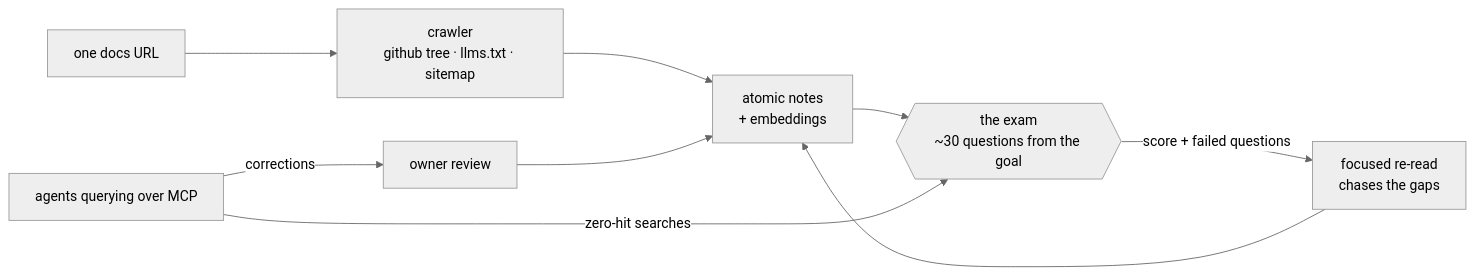
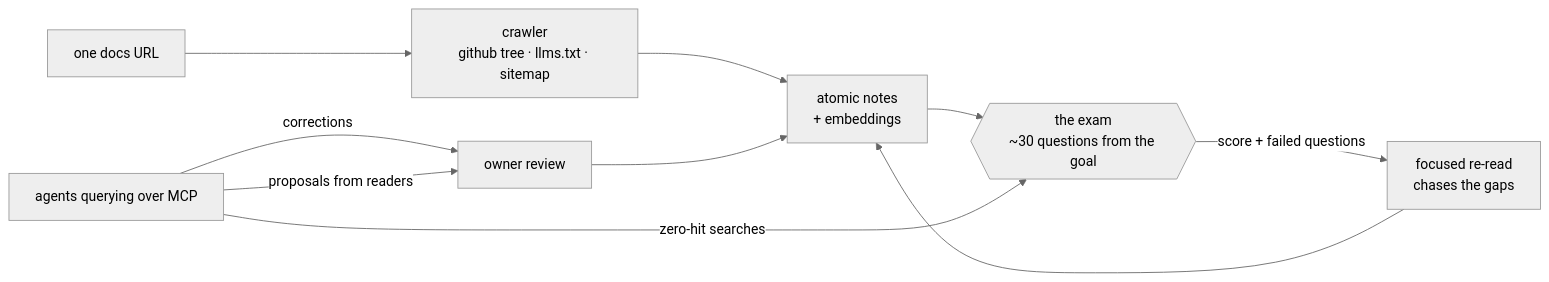
Before and after one commit to egorfedorov/mozg: the diagram in README.md, drawn with Mermaid (neutral theme). The commit also changed other lines of this file and 4 other files, not shown here.

````diff
--- a/README.md
+++ b/README.md
@@ -36,10 +45,11 @@
 ```mermaid
 flowchart LR
     A[one docs URL] --> B[crawler<br/>github tree · llms.txt · sitemap]
     B --> C[atomic notes<br/>+ embeddings]
     C --> D{{the exam<br/>~30 questions from the goal}}
     D -->|score + failed questions| E[focused re-read<br/>chases the gaps]
     E --> C
     F[agents querying over MCP] -->|zero-hit searches| D
     F -->|corrections| G[owner review] --> C
+    F -->|proposals from readers| G
 ```
````
